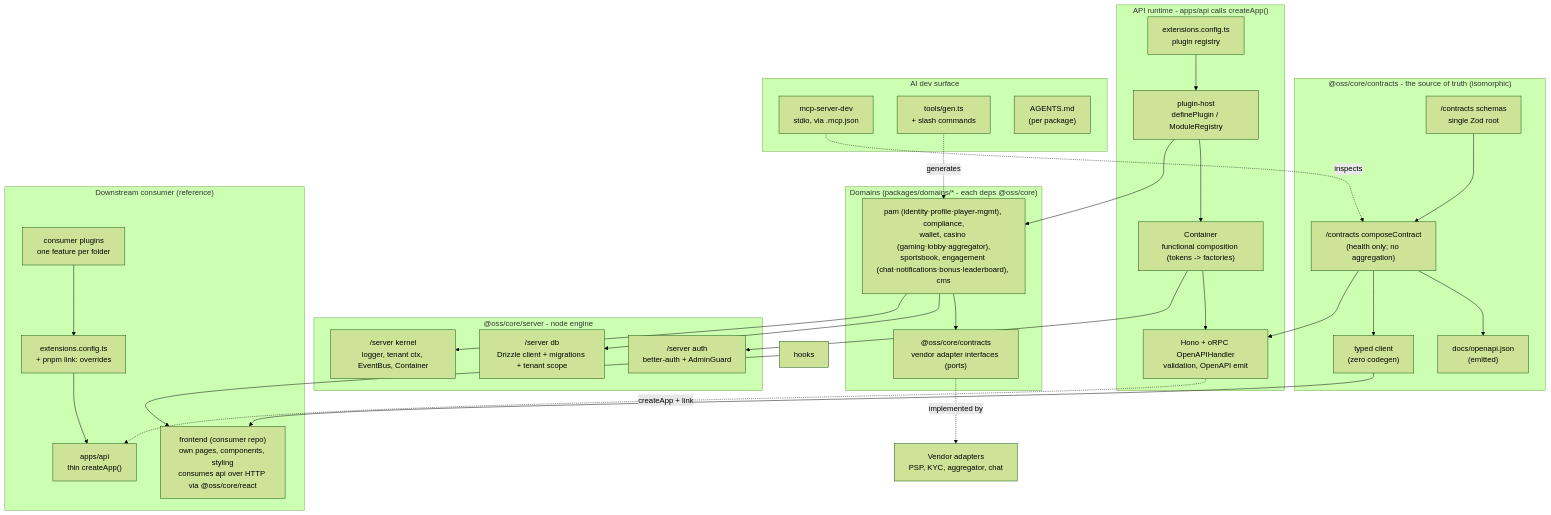
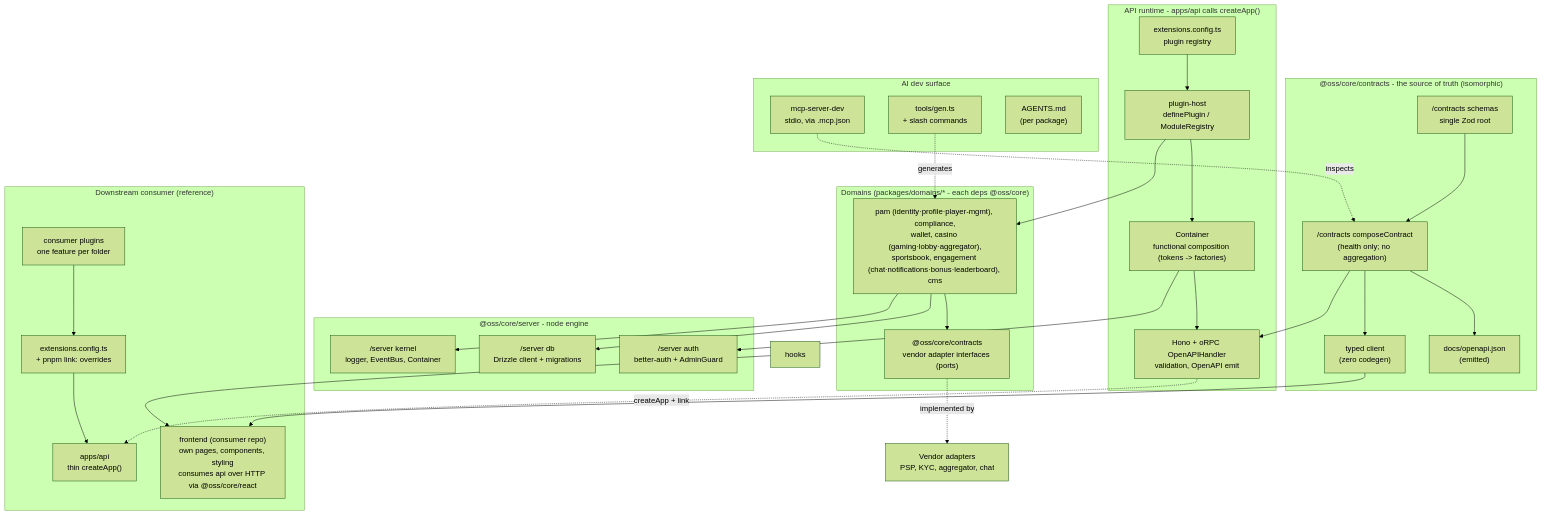
The first of 2 diagrams in docs/architecture.md (blurifycom/openora), drawn with Mermaid (forest theme) before and after one commit. The commit also changed other lines of this file and 103 other files, not shown here.

Commit message:
feat(core)!: single-tenant platform - remove tenant isolation (ADR-0026)

````diff
--- a/docs/architecture.md
+++ b/docs/architecture.md
@@ -20,63 +20,63 @@
 ```mermaid
 flowchart TB
   subgraph contracts["@oss/core/contracts - the source of truth (isomorphic)"]
     zod["/contracts schemas<br/>single Zod root"]
     orpc["/contracts composeContract<br/>(health only; no aggregation)"]
     openapi["docs/openapi.json<br/>(emitted)"]
     client["typed client<br/>(zero codegen)"]
     zod --> orpc
     orpc --> openapi
     orpc --> client
   end
 
   subgraph runtime["API runtime - apps/api calls createApp()"]
     cfg["extensions.config.ts<br/>plugin registry"]
     host["plugin-host<br/>definePlugin / ModuleRegistry"]
     container["Container<br/>functional composition (tokens -> factories)"]
     hono["Hono + oRPC OpenAPIHandler<br/>validation, OpenAPI emit"]
     cfg --> host
     host --> container
     container --> hono
     orpc --> hono
   end
 
   subgraph platform["@oss/core/server - node engine"]
-    db["/server db<br/>Drizzle client + migrations + tenant scope"]
+    db["/server db<br/>Drizzle client + migrations"]
     auth["/server auth<br/>better-auth + AdminGuard"]
-    core["/server kernel<br/>logger, tenant ctx, EventBus, Container"]
+    core["/server kernel<br/>logger, EventBus, Container"]
   end
 
   subgraph modules["Domains (packages/domains/* - each deps @oss/core)"]
     mod["pam (identity·profile·player-mgmt), compliance,<br/>wallet, casino (gaming·lobby·aggregator),<br/>sportsbook, engagement (chat·notifications·bonus·leaderboard), cms"]
     adapters["@oss/core/contracts<br/>vendor adapter interfaces (ports)"]
     mod --> adapters
   end
 
   vendor["Vendor adapters<br/>PSP, KYC, aggregator, chat"]
 
   host --> mod
   container --> auth
   mod --> db
   mod --> core
   adapters -. implemented by .-> vendor
 
   subgraph consumer["Downstream consumer (reference)"]
     bapi["apps/api<br/>thin createApp()"]
     bfront["frontend (consumer repo)<br/>own pages, components, styling<br/>consumes api over HTTP via @oss/core/react"]
     bplug["consumer plugins<br/>one feature per folder"]
     bcfg["extensions.config.ts<br/>+ pnpm link: overrides"]
     bplug --> bcfg
     bcfg --> bapi
   end
   hono -. createApp + link .-> bapi
   client --> bfront
   hooks --> bfront
 
   subgraph ai["AI dev surface"]
     mcp["mcp-server-dev<br/>stdio, via .mcp.json"]
     scaffold["tools/gen.ts<br/>+ slash commands"]
     agentsmd["AGENTS.md<br/>(per package)"]
   end
   mcp -. inspects .-> orpc
   scaffold -. generates .-> mod
 ```
````
